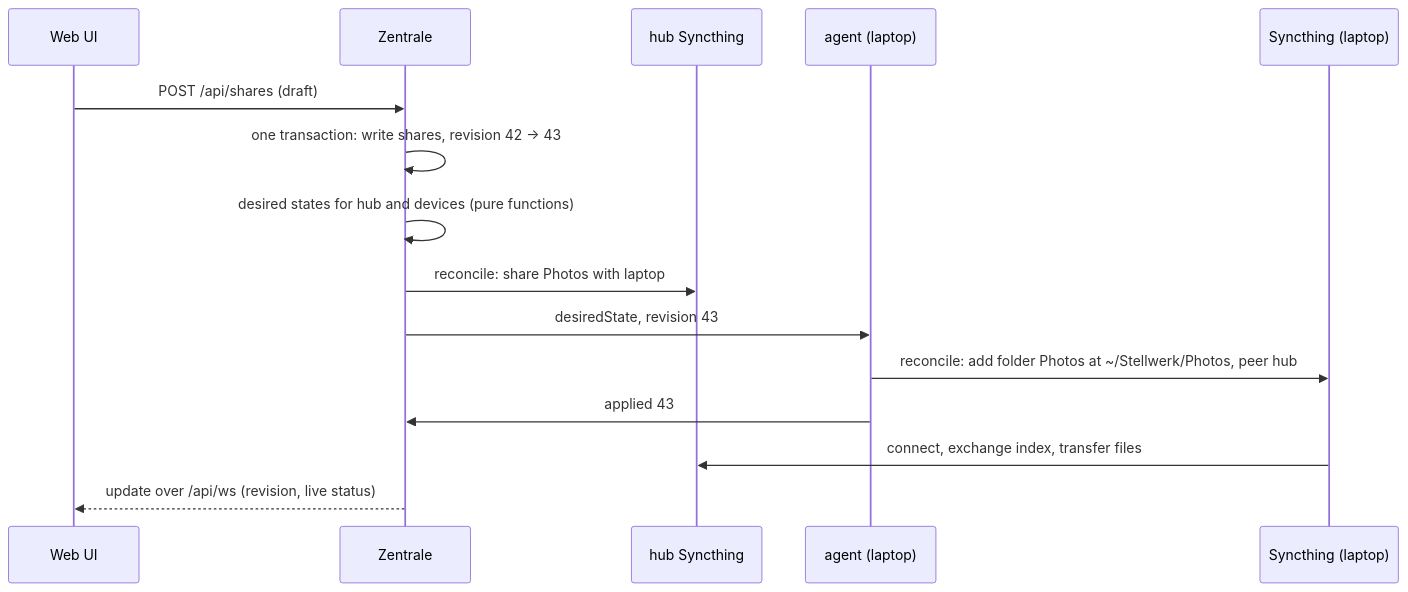
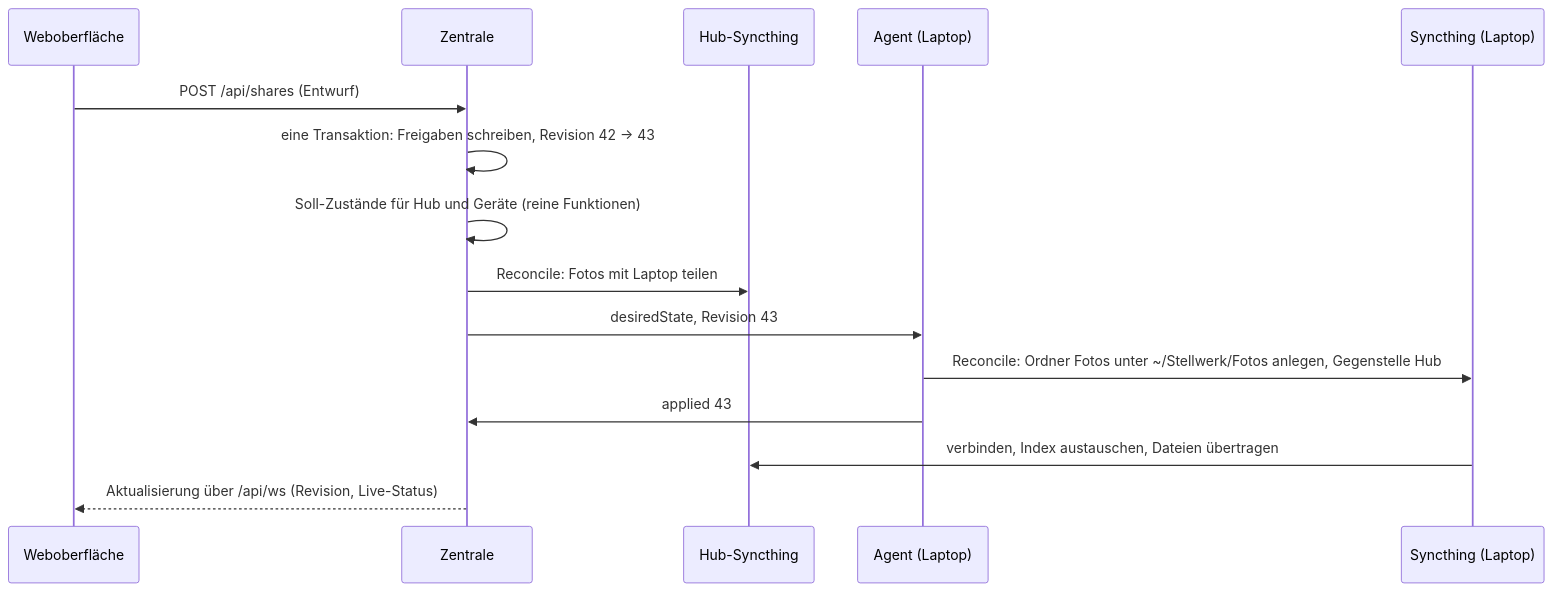
One commit to firsttris/stellwerk changed the second of 2 diagrams in docs/architecture.md. Above: the diagram before and after it, drawn with Mermaid. The commit also changed other lines of this file and 13 other files, not shown here.

````diff
--- a/docs/architecture.md
+++ b/docs/architecture.md
@@ -43,17 +46,17 @@
 ```mermaid
 sequenceDiagram
-    participant UI as Web UI
+    participant UI as Weboberfläche
     participant Z as Zentrale
-    participant H as hub Syncthing
-    participant A as agent (laptop)
-    participant S as Syncthing (laptop)
-    UI->>Z: POST /api/shares (draft)
-    Z->>Z: one transaction: write shares, revision 42 → 43
-    Z->>Z: desired states for hub and devices (pure functions)
-    Z->>H: reconcile: share Photos with laptop
-    Z->>A: desiredState, revision 43
-    A->>S: reconcile: add folder Photos at ~/Stellwerk/Photos, peer hub
+    participant H as Hub-Syncthing
+    participant A as Agent (Laptop)
+    participant S as Syncthing (Laptop)
+    UI->>Z: POST /api/shares (Entwurf)
+    Z->>Z: eine Transaktion: Freigaben schreiben, Revision 42 → 43
+    Z->>Z: Soll-Zustände für Hub und Geräte (reine Funktionen)
+    Z->>H: Reconcile: Fotos mit Laptop teilen
+    Z->>A: desiredState, Revision 43
+    A->>S: Reconcile: Ordner Fotos unter ~/Stellwerk/Fotos anlegen, Gegenstelle Hub
     A->>Z: applied 43
-    S->>H: connect, exchange index, transfer files
-    Z-->>UI: update over /api/ws (revision, live status)
+    S->>H: verbinden, Index austauschen, Dateien übertragen
+    Z-->>UI: Aktualisierung über /api/ws (Revision, Live-Status)
 ```
````
